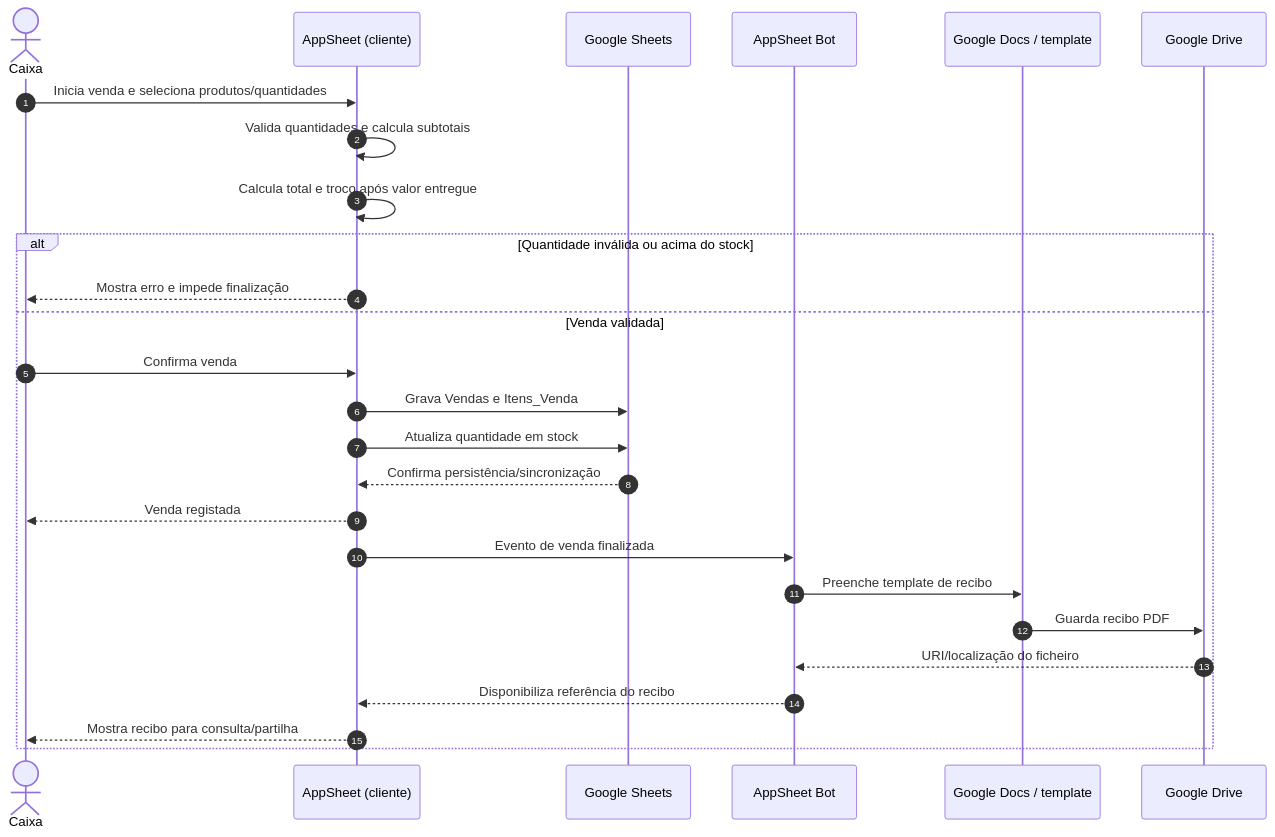
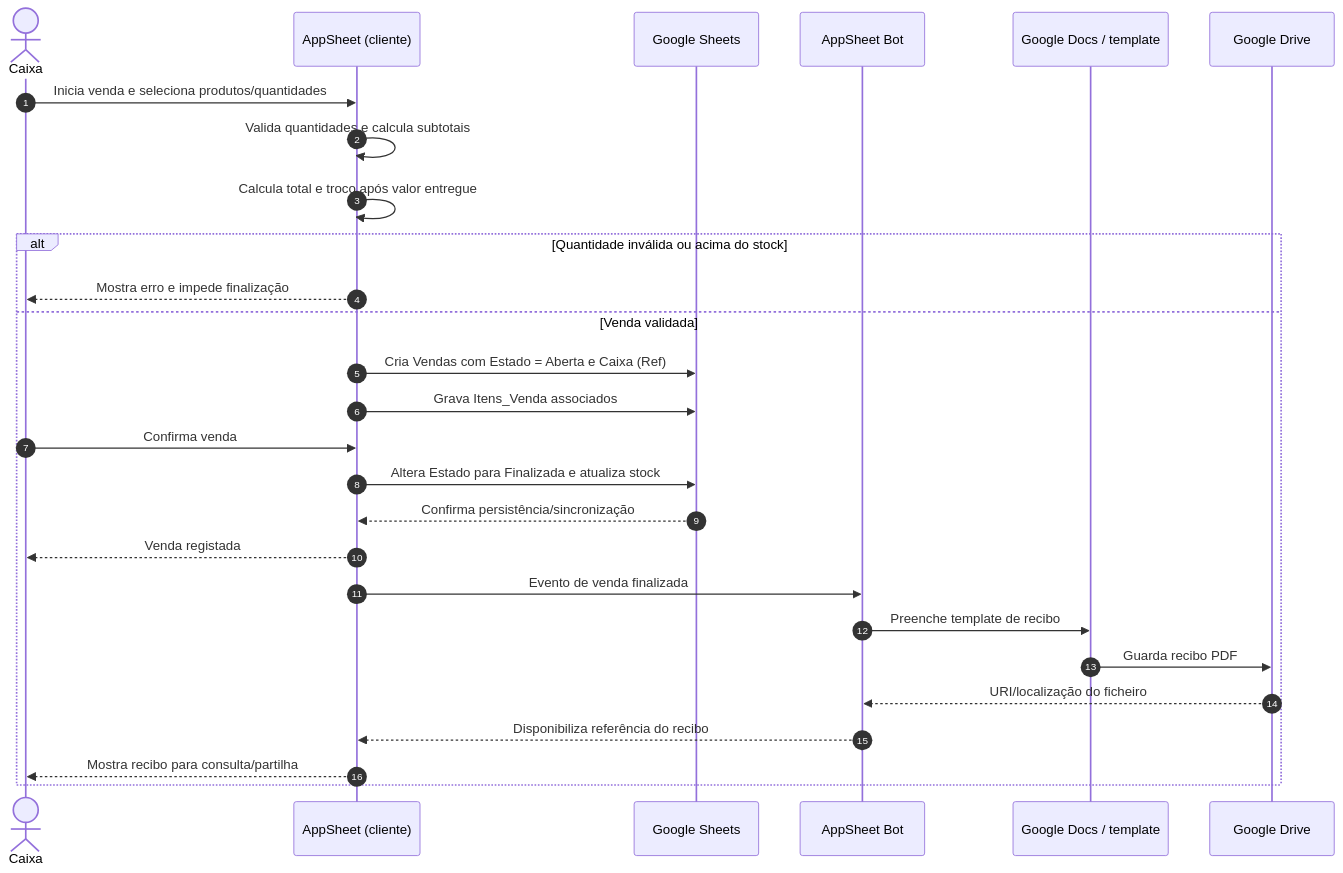
The diagram in M9_Demo_Day/docs/Stok_Prontu_Fontes_Diagramas/interacoes_venda.mmd (lablu3s/Portfolio), drawn with Mermaid before and after one commit. The commit also changed 6 other files, not shown here.

```diff
--- a/M9_Demo_Day/docs/Stok_Prontu_Fontes_Diagramas/interacoes_venda.mmd
+++ b/M9_Demo_Day/docs/Stok_Prontu_Fontes_Diagramas/interacoes_venda.mmd
@@ -1,27 +1,28 @@
 sequenceDiagram
   autonumber
-  actor Caixa
+  actor Caixa as Caixa
   participant App as AppSheet (cliente)
   participant Dados as Google Sheets
   participant Bot as AppSheet Bot
   participant Docs as Google Docs / template
   participant Drive as Google Drive
 
   Caixa->>App: Inicia venda e seleciona produtos/quantidades
   App->>App: Valida quantidades e calcula subtotais
   App->>App: Calcula total e troco após valor entregue
   alt Quantidade inválida ou acima do stock
     App-->>Caixa: Mostra erro e impede finalização
   else Venda validada
+    App->>Dados: Cria Vendas com Estado = Aberta e Caixa (Ref)
+    App->>Dados: Grava Itens_Venda associados
     Caixa->>App: Confirma venda
-    App->>Dados: Grava Vendas e Itens_Venda
-    App->>Dados: Atualiza quantidade em stock
+    App->>Dados: Altera Estado para Finalizada e atualiza stock
     Dados-->>App: Confirma persistência/sincronização
     App-->>Caixa: Venda registada
     App->>Bot: Evento de venda finalizada
     Bot->>Docs: Preenche template de recibo
     Docs->>Drive: Guarda recibo PDF
     Drive-->>Bot: URI/localização do ficheiro
     Bot-->>App: Disponibiliza referência do recibo
     App-->>Caixa: Mostra recibo para consulta/partilha
   end
```
